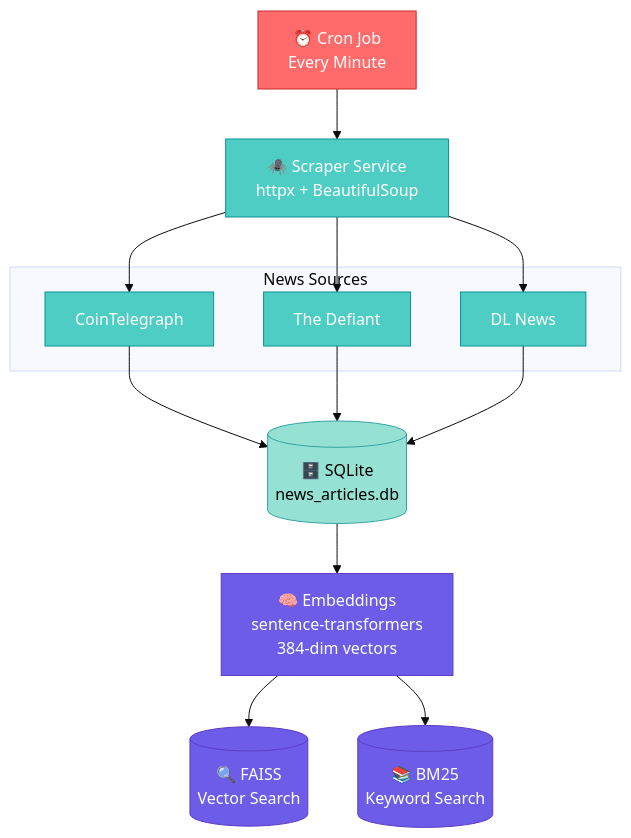
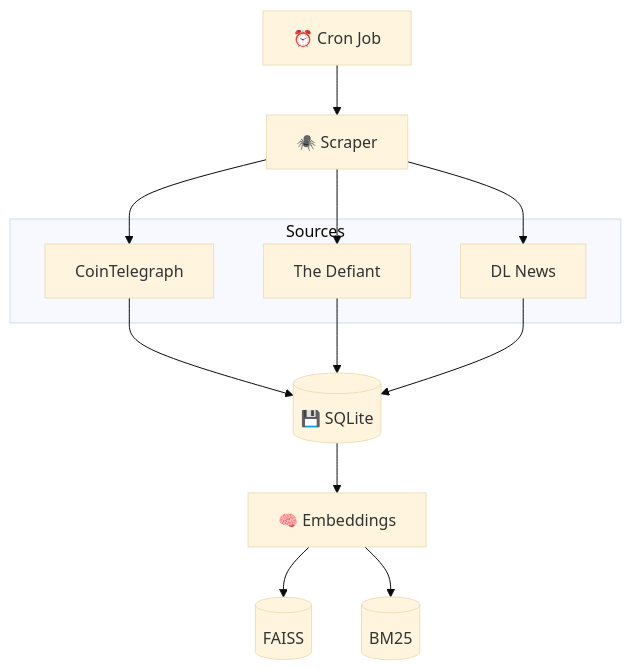
The second of 3 diagrams in architecture.md (oscarthedev15/crypto-news-analyst), drawn with Mermaid (base theme) before and after one commit. The commit also changed other lines of this file and 2 other files, not shown here.

Commit message:
docs: streamline README, architecture; add reflection with MVP decisions, obstacles, and future work

````diff
--- a/architecture.md
+++ b/architecture.md
@@ -35,41 +32,15 @@
 ```mermaid
 flowchart TB
-    CRON[⏰ Cron Job<br/>Every Minute]
+    CRON[⏰ Cron Job] --> SCRAPER[🕷️ Scraper]
 
-    SCRAPER[🕷️ Scraper Service<br/>httpx + BeautifulSoup]
-
-    subgraph "News Sources"
+    subgraph "Sources"
         CT[CoinTelegraph]
         TD[The Defiant]
         DL[DL News]
     end
 
-    DB[(🗄️ SQLite<br/>news_articles.db)]
-
-    EMBED[🧠 Embeddings<br/>sentence-transformers<br/>384-dim vectors]
-
-    FAISS[(🔍 FAISS<br/>Vector Search)]
-
-    BM25[(📚 BM25<br/>Keyword Search)]
-
-    CRON --> SCRAPER
-    SCRAPER --> CT
-    SCRAPER --> TD
-    SCRAPER --> DL
-    CT --> DB
-    TD --> DB
-    DL --> DB
-    DB --> EMBED
-    EMBED --> FAISS
-    EMBED --> BM25
-
-    classDef cron fill:#ff6b6b,stroke:#c92a2a,color:#fff
-    classDef scraper fill:#4ecdc4,stroke:#0a9396,color:#fff
-    classDef db fill:#95e1d3,stroke:#38a3a5,color:#000
-    classDef vector fill:#6c5ce7,stroke:#5f3dc4,color:#fff
-
-    class CRON cron
-    class SCRAPER,CT,TD,DL scraper
-    class DB db
-    class EMBED,FAISS,BM25 vector
+    SCRAPER --> CT & TD & DL
+    CT & TD & DL --> DB[(💾 SQLite)]
+    DB --> EMBED[🧠 Embeddings]
+    EMBED --> FAISS[(FAISS)] & BM25[(BM25)]
 ```
````
